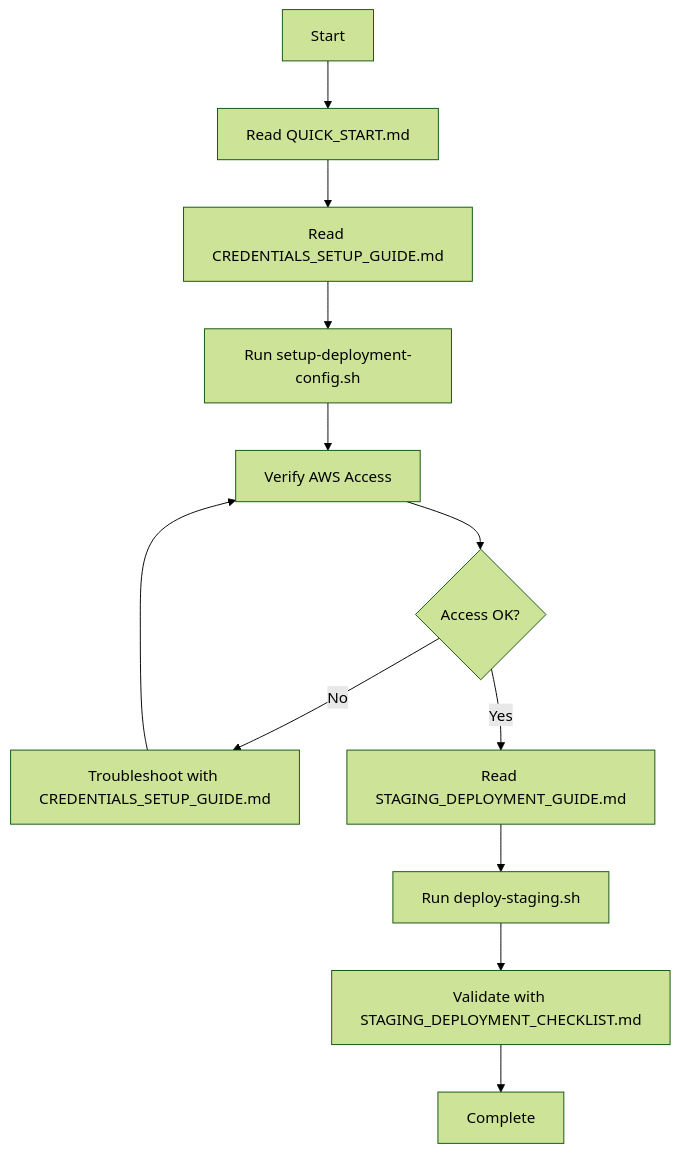
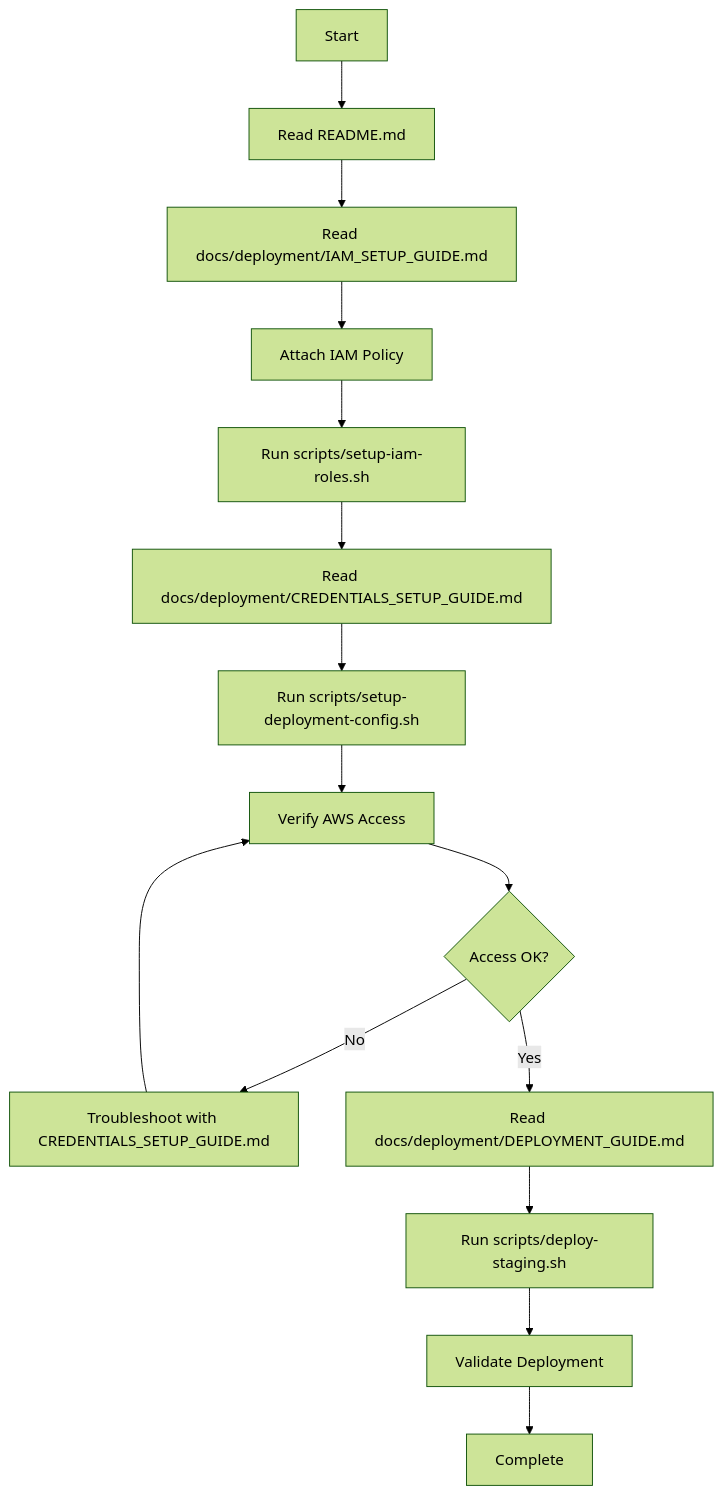
Before and after one commit to RyanYCT/bdo-market-insights: the first of 3 diagrams in docs/guides/DOCUMENTATION_MAP.md, drawn with Mermaid (forest theme). The commit also changed other lines of this file and 18 other files, not shown here.

First line of the commit message:
docs(deployment,scripts): add IAM setup guide and remove Windows batch scripts

````diff
--- a/docs/guides/DOCUMENTATION_MAP.md
+++ b/docs/guides/DOCUMENTATION_MAP.md
@@ -174,14 +204,17 @@
 ```mermaid
 graph TD
-    A[Start] --> B[Read QUICK_START.md]
-    B --> C[Read CREDENTIALS_SETUP_GUIDE.md]
-    C --> D[Run setup-deployment-config.sh]
-    D --> E[Verify AWS Access]
-    E --> F{Access OK?}
-    F -->|No| G[Troubleshoot with CREDENTIALS_SETUP_GUIDE.md]
-    G --> E
-    F -->|Yes| H[Read STAGING_DEPLOYMENT_GUIDE.md]
-    H --> I[Run deploy-staging.sh]
-    I --> J[Validate with STAGING_DEPLOYMENT_CHECKLIST.md]
-    J --> K[Complete]
+    A[Start] --> B[Read README.md]
+    B --> C[Read docs/deployment/IAM_SETUP_GUIDE.md]
+    C --> D[Attach IAM Policy]
+    D --> E[Run scripts/setup-iam-roles.sh]
+    E --> F[Read docs/deployment/CREDENTIALS_SETUP_GUIDE.md]
+    F --> G[Run scripts/setup-deployment-config.sh]
+    G --> H[Verify AWS Access]
+    H --> I{Access OK?}
+    I -->|No| J[Troubleshoot with CREDENTIALS_SETUP_GUIDE.md]
+    J --> H
+    I -->|Yes| K[Read docs/deployment/DEPLOYMENT_GUIDE.md]
+    K --> L[Run scripts/deploy-staging.sh]
+    L --> M[Validate Deployment]
+    M --> N[Complete]
 ```
````
